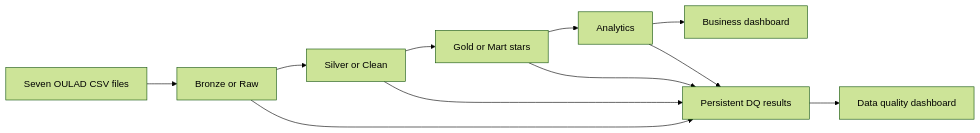
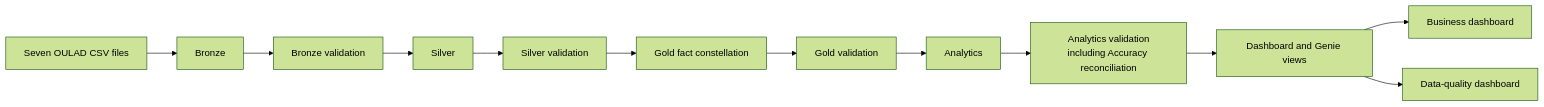
One commit to killuazai/oulad-dataset changed the diagram in README.md. Above: the diagram before and after it, drawn with Mermaid (forest theme). The commit also changed other lines of this file and 29 other files, not shown here.

````diff
--- a/README.md
+++ b/README.md
@@ -15,13 +7,14 @@
 ```mermaid
 flowchart LR
-    S[Seven OULAD CSV files] --> B[Bronze or Raw]
-    B --> C[Silver or Clean]
-    C --> G[Gold or Mart stars]
-    G --> A[Analytics]
-    A --> BD[Business dashboard]
-    B --> DQ[Persistent DQ results]
-    C --> DQ
-    G --> DQ
-    A --> DQ
-    DQ --> DD[Data quality dashboard]
+    S[Seven OULAD CSV files] --> B[Bronze]
+    B --> QB[Bronze validation]
+    QB --> C[Silver]
+    C --> QS[Silver validation]
+    QS --> G[Gold fact constellation]
+    G --> QG[Gold validation]
+    QG --> A[Analytics]
+    A --> QA[Analytics validation<br/>including Accuracy reconciliation]
+    QA --> V[Dashboard and Genie views]
+    V --> BD[Business dashboard]
+    V --> DD[Data-quality dashboard]
 ```
````
